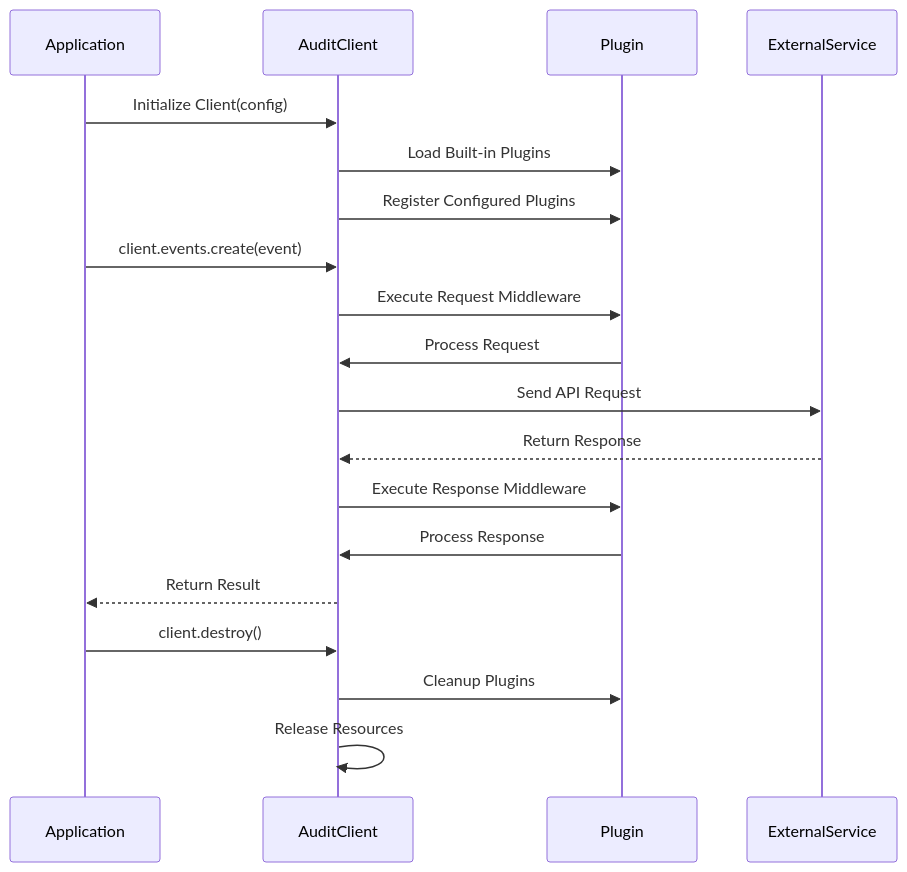
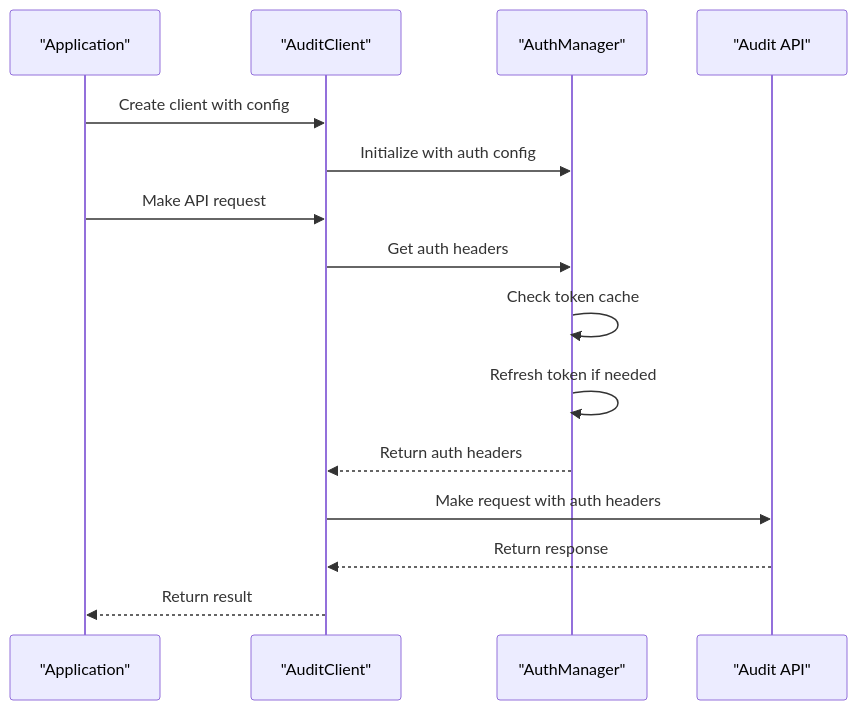
Before and after one commit to smedrec/smart-logs: the eighth of 10 diagrams in .qoder/repowiki/en/content/Audit Client Library Specifications.md, drawn with Mermaid. The commit also changed other lines of this file and 7 other files, not shown here.

First line of the commit message:
docs(audit-client): update comprehensive documentation and architecture overview

````diff
--- a/.qoder/repowiki/en/content/Audit Client Library Specifications.md
+++ b/.qoder/repowiki/en/content/Audit Client Library Specifications.md
@@ -333,21 +559,17 @@
 ```mermaid
 sequenceDiagram
-participant Application
-participant AuditClient
-participant Plugin
-participant ExternalService
-Application->>AuditClient : Initialize Client(config)
-AuditClient->>Plugin : Load Built-in Plugins
-AuditClient->>Plugin : Register Configured Plugins
-Application->>AuditClient : client.events.create(event)
-AuditClient->>Plugin : Execute Request Middleware
-Plugin->>AuditClient : Process Request
-AuditClient->>ExternalService : Send API Request
-ExternalService-->>AuditClient : Return Response
-AuditClient->>Plugin : Execute Response Middleware
-Plugin->>AuditClient : Process Response
-AuditClient-->>Application : Return Result
-Application->>AuditClient : client.destroy()
-AuditClient->>Plugin : Cleanup Plugins
-AuditClient->>AuditClient : Release Resources
+participant App as "Application"
+participant Client as "AuditClient"
+participant Auth as "AuthManager"
+participant API as "Audit API"
+App->>Client : Create client with config
+Client->>Auth : Initialize with auth config
+App->>Client : Make API request
+Client->>Auth : Get auth headers
+Auth->>Auth : Check token cache
+Auth->>Auth : Refresh token if needed
+Auth-->>Client : Return auth headers
+Client->>API : Make request with auth headers
+API-->>Client : Return response
+Client-->>App : Return result
 ```
````
